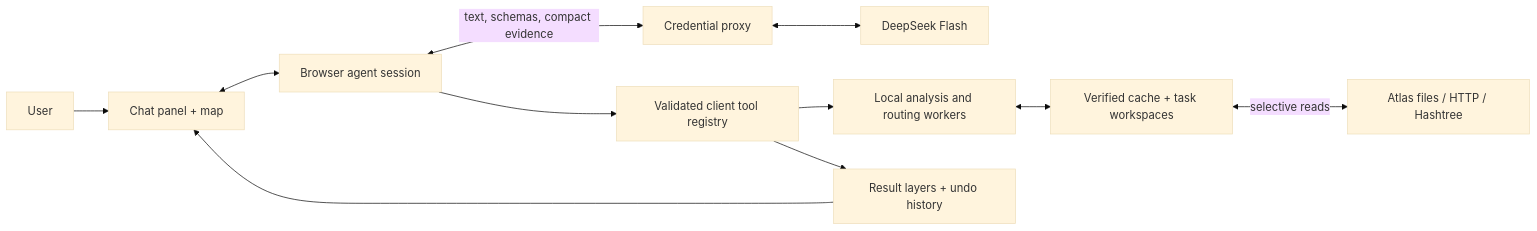
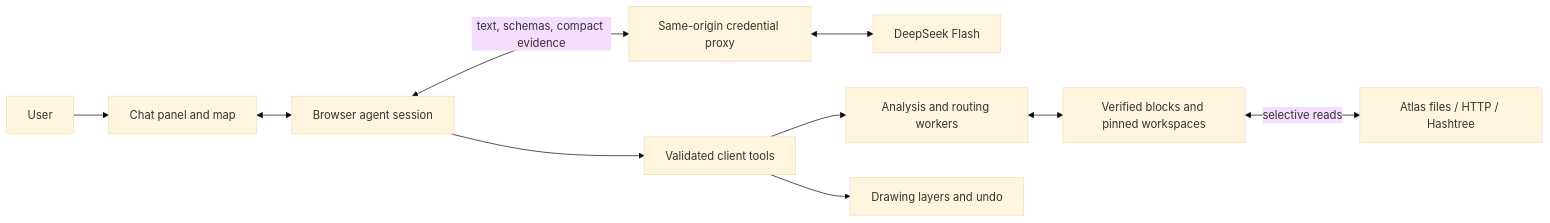
One commit to zeSchlausKwab/atlas changed the diagram in docs/AI-CHAT-DEMO.md. Above: the diagram before and after it, drawn with Mermaid (base theme). The commit also changed other lines of this file and 28 other files, not shown here.

Commit message:
Add browser-owned map chat with cached analysis and drawing tools

````diff
--- a/docs/AI-CHAT-DEMO.md
+++ b/docs/AI-CHAT-DEMO.md
@@ -24,13 +37,12 @@
 ```mermaid
 flowchart LR
-  Human[User] --> UI[Chat panel + map]
+  Human[User] --> UI[Chat panel and map]
   UI <--> Agent[Browser agent session]
-  Agent <-->|text, schemas, compact evidence| Proxy[Credential proxy]
+  Agent <-->|text, schemas, compact evidence| Proxy[Same-origin credential proxy]
   Proxy <--> Model[DeepSeek Flash]
-  Agent --> Tools[Validated client tool registry]
-  Tools --> Worker[Local analysis and routing workers]
-  Worker <--> Cache[Verified cache + task workspaces]
+  Agent --> Tools[Validated client tools]
+  Tools --> Worker[Analysis and routing workers]
+  Worker <--> Cache[Verified blocks and pinned workspaces]
   Cache <-->|selective reads| Files[Atlas files / HTTP / Hashtree]
-  Tools --> Layers[Result layers + undo history]
-  Layers --> UI
+  Tools --> Layers[Drawing layers and undo]
 ```
````
